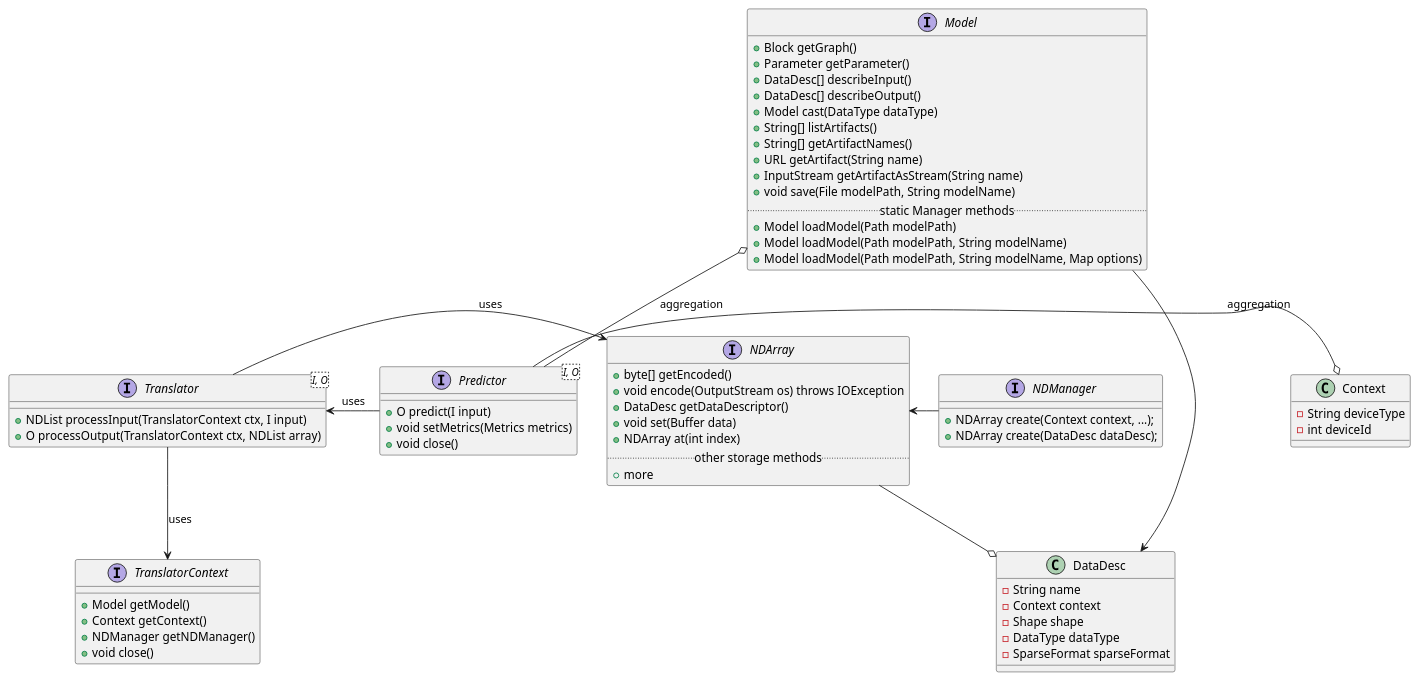
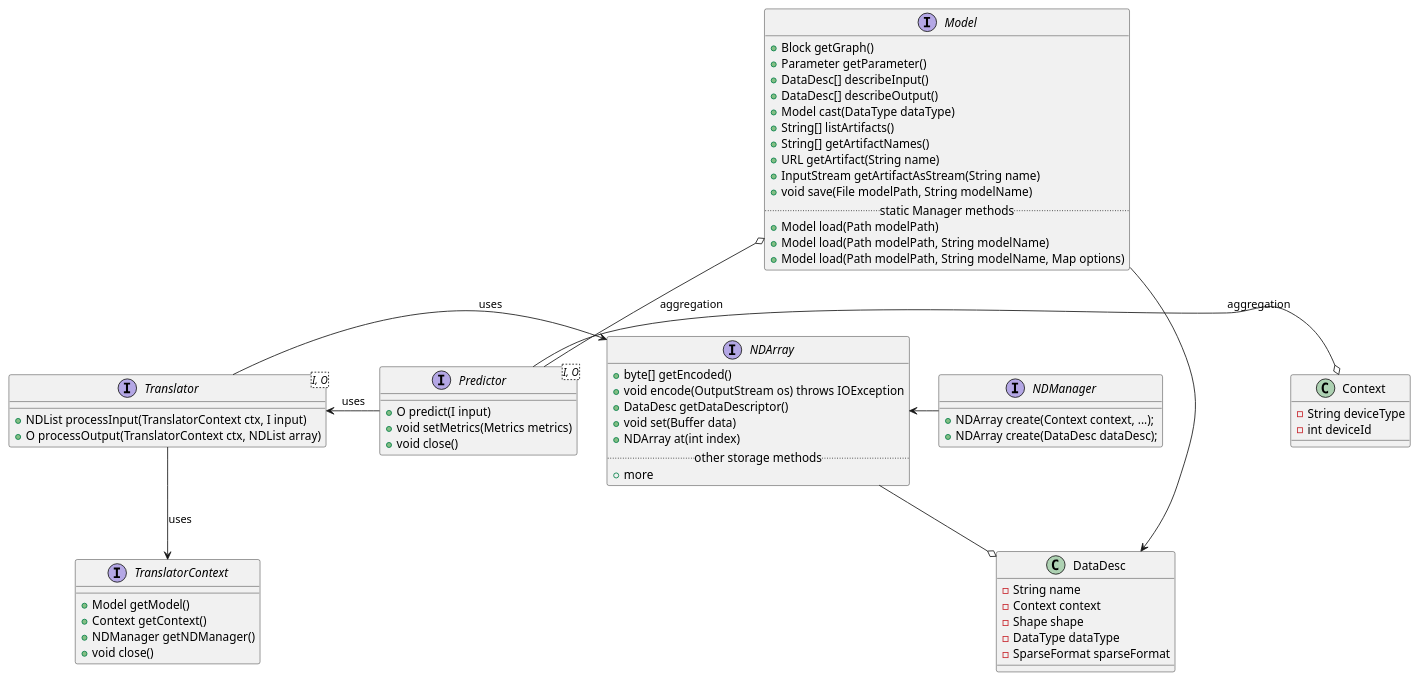
Before and after one commit to deepjavalibrary/djl: the diagram in api/src/main/uml/Inference.puml, drawn with PlantUML. The commit also changed 23 other files, not shown here.

Commit message:
Rename Model.loadModel to load.

```diff
--- a/api/src/main/uml/Inference.puml
+++ b/api/src/main/uml/Inference.puml
@@ -1,74 +1,74 @@
 @startuml
 class Context {
 	-String deviceType
 	-int deviceId
 }
 
 class DataDesc {
 	-String name
 	-Context context
 	-Shape shape
 	-DataType dataType
 	-SparseFormat sparseFormat
 }
 
 interface Model {
     +Block getGraph()
     +Parameter getParameter()
     +DataDesc[] describeInput()
     +DataDesc[] describeOutput()
     +Model cast(DataType dataType)
     +String[] listArtifacts()
     +String[] getArtifactNames()
     +URL getArtifact(String name)
     +InputStream getArtifactAsStream(String name)
     +void save(File modelPath, String modelName)
 	.. static Manager methods ..
-    +Model loadModel(Path modelPath)
-    +Model loadModel(Path modelPath, String modelName)
-    +Model loadModel(Path modelPath, String modelName, Map options)
+    +Model load(Path modelPath)
+    +Model load(Path modelPath, String modelName)
+    +Model load(Path modelPath, String modelName, Map options)
 }
 
 interface Translator<I, O> {
     +NDList processInput(TranslatorContext ctx, I input)
     +O processOutput(TranslatorContext ctx, NDList array)
 }
 
 interface Predictor<I, O> {
     +O predict(I input)
     +void setMetrics(Metrics metrics)
     +void close()
 }
 
 interface TranslatorContext {
     +Model getModel()
     +Context getContext()
     +NDManager getNDManager()
     +void close()
 }
 
 interface NDManager {
     +NDArray create(Context context, ...);
     +NDArray create(DataDesc dataDesc);
 }
 
 interface NDArray {
     +byte[] getEncoded()
     +void encode(OutputStream os) throws IOException
     +DataDesc getDataDescriptor()
     +void set(Buffer data)
     +NDArray at(int index)
 	.. other storage methods ..
     +more
 }
 
 Model -right-> DataDesc
 Model o-down- Predictor : aggregation
 Predictor -right-o Context : aggregation
 Predictor -right-> Translator : uses
 Translator -right-> NDArray : uses
 Translator --> TranslatorContext : uses
 NDManager -left-> NDArray
 NDArray -down-o DataDesc
 
 @enduml
```
